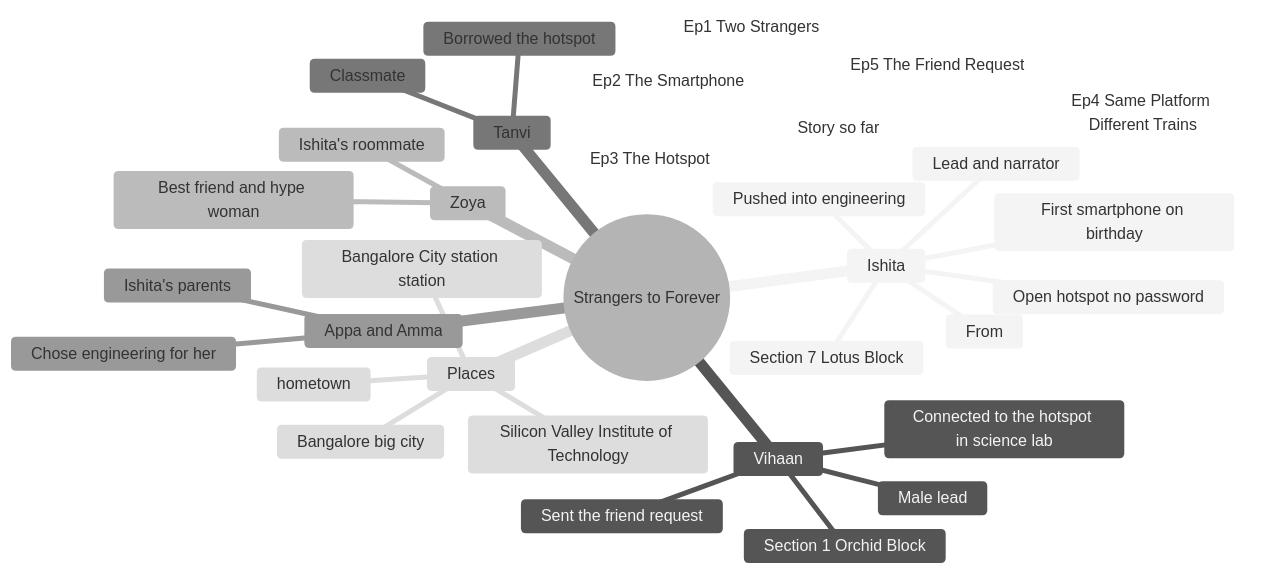
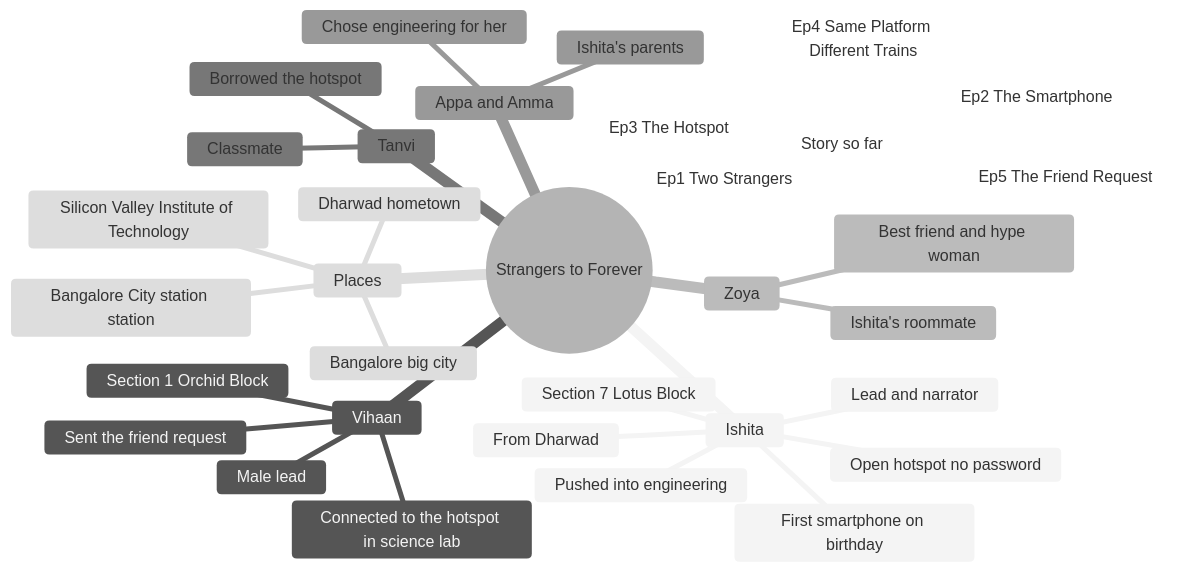
The diagram in character-mindmap.mmd (avinashchavan1/reel-studio-movie), drawn with Mermaid (neutral theme) before and after one commit. The commit also changed 8 other files, not shown here.

First line of the commit message:
Set Ishita's hometown to Dharwad; re-voice line, re-score and re-render Ep 1

```diff
--- a/character-mindmap.mmd
+++ b/character-mindmap.mmd
@@ -1,34 +1,34 @@
 mindmap
   root((Strangers to Forever))
     Ishita
       Lead and narrator
-      From <hometown, to be chosen>
+      From Dharwad
       Pushed into engineering
       Section 7 Lotus Block
       First smartphone on birthday
       Open hotspot no password
     Vihaan
       Male lead
       Section 1 Orchid Block
       Connected to the hotspot in science lab
       Sent the friend request
     Zoya
       Ishita's roommate
       Best friend and hype woman
     Tanvi
       Classmate
       Borrowed the hotspot
     Appa and Amma
       Ishita's parents
       Chose engineering for her
     Places
-      <hometown, to be chosen> hometown
+      Dharwad hometown
       Bangalore big city
       Silicon Valley Institute of Technology
       Bangalore City station station
     Story so far
       Ep1 Two Strangers
       Ep2 The Smartphone
       Ep3 The Hotspot
       Ep4 Same Platform Different Trains
       Ep5 The Friend Request
```
